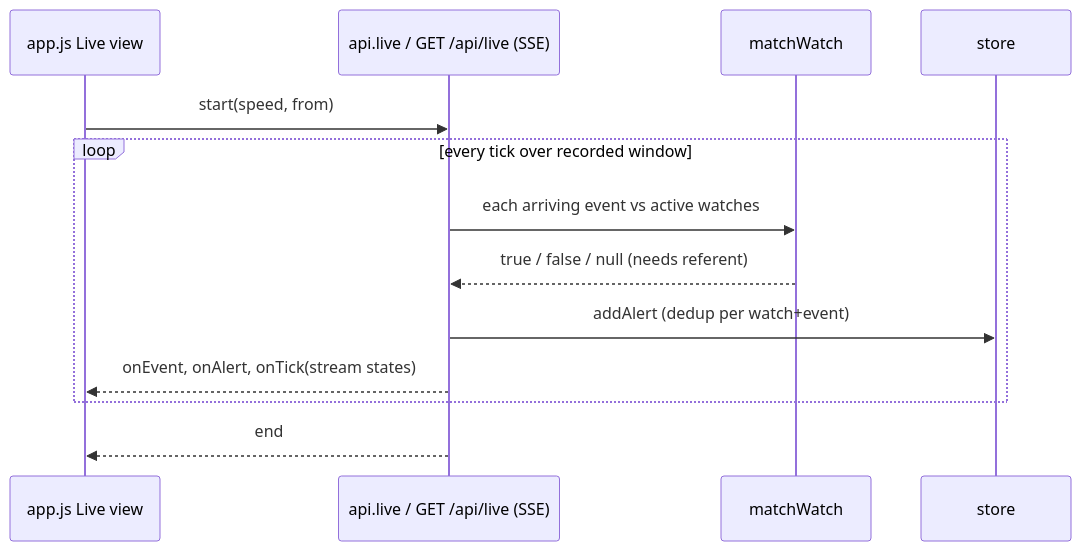
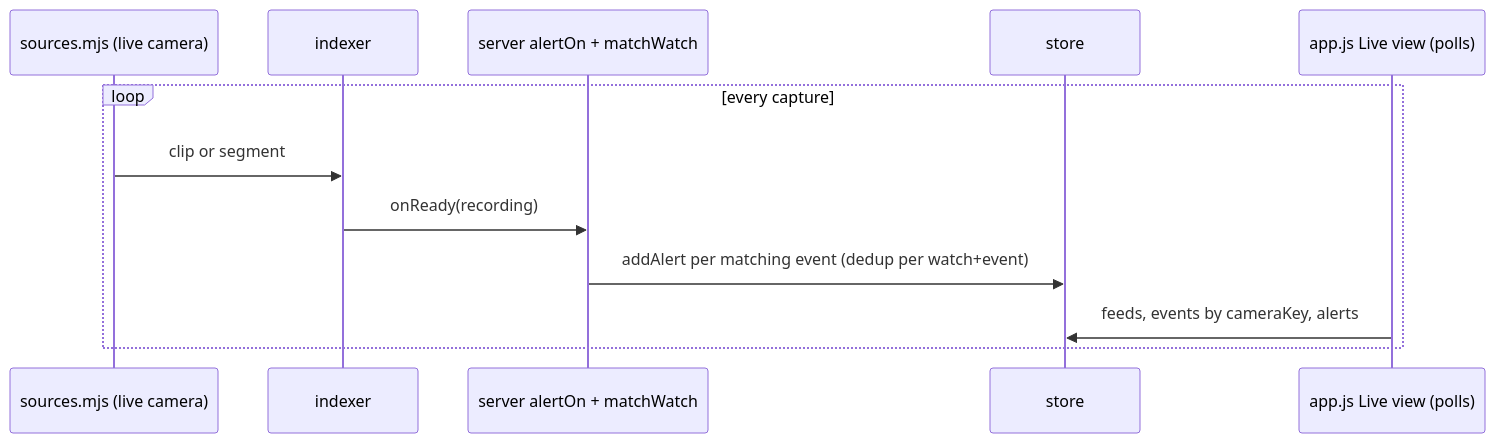
The sixth of 8 diagrams in ARCHITECTURE.md (NoelMS/video-intel), drawn with Mermaid before and after one commit. The commit also changed other lines of this file and 10 other files, not shown here.

Commit message:
Live shows the live cameras: capture state, latest detections and alerts; no replay of recorded footage

````diff
--- a/ARCHITECTURE.md
+++ b/ARCHITECTURE.md
@@ -126,15 +126,14 @@
 ```mermaid
 sequenceDiagram
-  participant UI as app.js Live view
-  participant L as api.live / GET /api/live (SSE)
-  participant W as matchWatch
+  participant F as sources.mjs (live camera)
+  participant I as indexer
+  participant W as server alertOn + matchWatch
   participant S as store
-  UI->>L: start(speed, from)
-  loop every tick over recorded window
-    L->>W: each arriving event vs active watches
-    W-->>L: true / false / null (needs referent)
-    L->>S: addAlert (dedup per watch+event)
-    L-->>UI: onEvent, onAlert, onTick(stream states)
+  participant UI as app.js Live view (polls)
+  loop every capture
+    F->>I: clip or segment
+    I->>W: onReady(recording)
+    W->>S: addAlert per matching event (dedup per watch+event)
+    UI->>S: feeds, events by cameraKey, alerts
   end
-  L-->>UI: end
 ```
````
